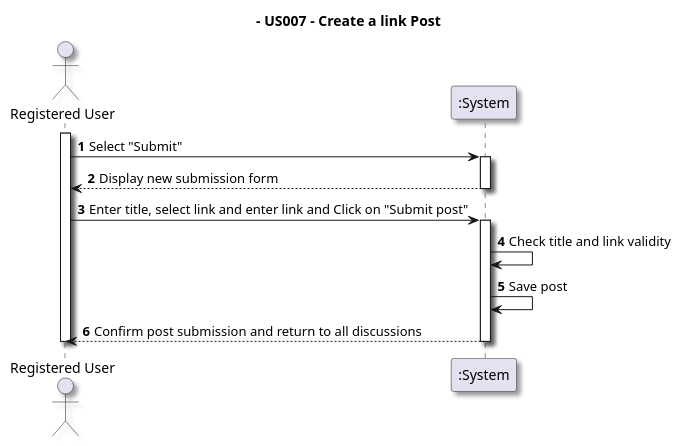
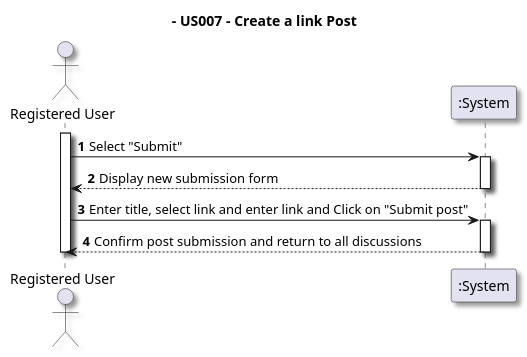
The diagram in docs/sprint01/us007/01.requirements-engineering/puml/us007-system-sequence-diagram-alternative.puml (TiagoMagalhaes1232507/Testando-projeto), drawn with PlantUML before and after one commit.

Commit message:
US007 - Update ssd

```diff
--- a/docs/sprint01/us007/01.requirements-engineering/puml/us007-system-sequence-diagram-alternative.puml
+++ b/docs/sprint01/us007/01.requirements-engineering/puml/us007-system-sequence-diagram-alternative.puml
@@ -1,32 +1,28 @@
 @startuml System Sequence Diagram (SSD)
 skinparam monochrome false
 skinparam packageStyle rectangle
 skinparam shadowing true
 
 title  - US007 - Create a link Post
 
 autonumber
 
 actor "Registered User" as User
 participant ":System" as System
 
 activate User
 
 User -> System : Select "Submit"
 activate System
 
 System --> User : Display new submission form
 deactivate System
 
 User -> System : Enter title, select link and enter link and Click on "Submit post"
 activate System
 
-System -> System : Check title and link validity
-
-System -> System : Save post
-
 System --> User : Confirm post submission and return to all discussions
 deactivate System
 deactivate User
 
 @enduml
```
